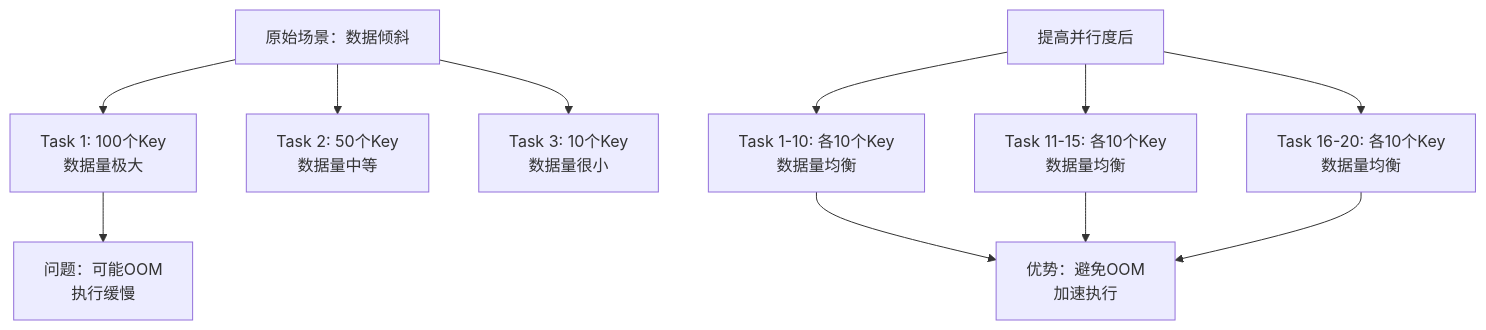
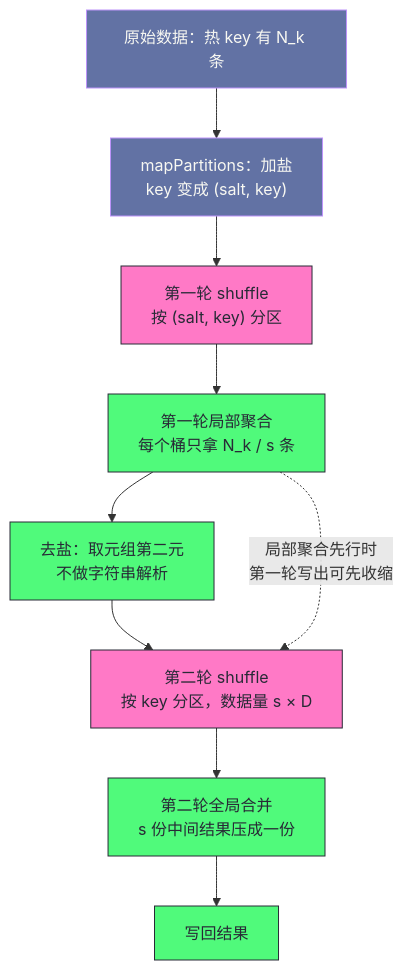
One commit to hpliStartAgain/my-brain changed the fifth of 6 diagrams in content/大数据/Spark/读书笔记-spark内核/06_性能调优实战/9. 数据倾斜解决方案_上.md. Above: the diagram before and after it, drawn with Mermaid. The commit also changed other lines of this file and 259 other files, not shown here.

````diff
--- a/content/大数据/Spark/读书笔记-spark内核/06_性能调优实战/9. 数据倾斜解决方案_上.md
+++ b/content/大数据/Spark/读书笔记-spark内核/06_性能调优实战/9. 数据倾斜解决方案_上.md
@@ -222,16 +582,18 @@
 ```mermaid
+%%{init: {'theme': 'dracula'}}%%
 flowchart TD
-    A["原始场景：数据倾斜"] --> B["Task 1: 100个Key<br>数据量极大"]
-    A --> C["Task 2: 50个Key<br>数据量中等"]
-    A --> D["Task 3: 10个Key<br>数据量很小"]
-    
-    B --> E["问题：可能OOM<br>执行缓慢"]
-    
-    F["提高并行度后"] --> G["Task 1-10: 各10个Key<br>数据量均衡"]
-    F --> H["Task 11-15: 各10个Key<br>数据量均衡"]
-    F --> I["Task 16-20: 各10个Key<br>数据量均衡"]
-    
-    G --> J["优势：避免OOM<br>加速执行"]
-    H --> J
-    I --> J
+    A["原始数据：热 key 有 N_k 条"] --> B["mapPartitions：加盐<br/>key 变成 (salt, key)"]
+    B --> C["第一轮 shuffle<br/>按 (salt, key) 分区"]
+    C --> D["第一轮局部聚合<br/>每个桶只拿 N_k / s 条"]
+    D --> E["去盐：取元组第二元<br/>不做字符串解析"]
+    E --> F["第二轮 shuffle<br/>按 key 分区，数据量 s × D"]
+    F --> G["第二轮全局合并<br/>s 份中间结果压成一份"]
+    G --> H["写回结果"]
+    D -. "局部聚合先行时<br/>第一轮写出可先收缩" .-> F
+    classDef flow fill:#6272a4,stroke:#bd93f9,color:#f8f8f2
+    classDef cost fill:#ff79c6,stroke:#282a36,color:#282a36
+    classDef good fill:#50fa7b,stroke:#282a36,color:#282a36
+    class A,B flow
+    class C,F cost
+    class D,E,G,H good
 ```
````
